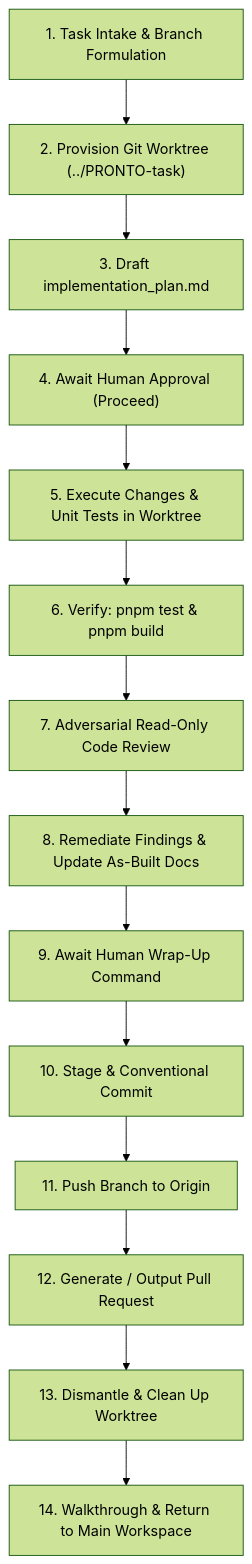
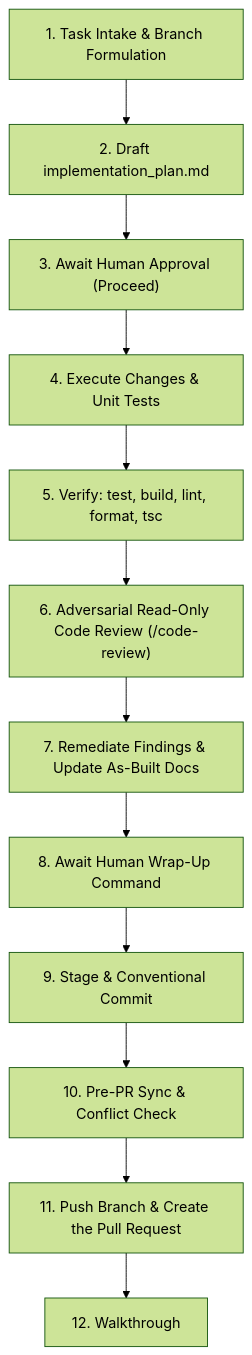
Before and after one commit to carlosjosemm/pronto-insumos: the diagram in .agents/skills/parallel-worktree-workflow/SKILL.md, drawn with Mermaid (forest theme). The commit also changed other lines of this file and 2 other files, not shown here.

First line of the commit message:
docs(skills): retire the worktree protocol - all task work runs in the primary working tree

````diff
--- a/.agents/skills/parallel-worktree-workflow/SKILL.md
+++ b/.agents/skills/parallel-worktree-workflow/SKILL.md
@@ -19,16 +21,14 @@
 ```mermaid
 flowchart TD
-    A["1. Task Intake & Branch Formulation"] --> B["2. Provision Git Worktree (../PRONTO-task)"]
-    B --> C["3. Draft implementation_plan.md"]
-    C --> D["4. Await Human Approval (Proceed)"]
-    D --> E["5. Execute Changes & Unit Tests in Worktree"]
-    E --> F["6. Verify: pnpm test & pnpm build"]
-    F --> G["7. Adversarial Read-Only Code Review"]
-    G --> H["8. Remediate Findings & Update As-Built Docs"]
-    H --> I["9. Await Human Wrap-Up Command"]
-    I --> J["10. Stage & Conventional Commit"]
-    J --> K["11. Push Branch to Origin"]
-    K --> L["12. Generate / Output Pull Request"]
-    L --> M["13. Dismantle & Clean Up Worktree"]
-    M --> N["14. Walkthrough & Return to Main Workspace"]
+    A["1. Task Intake & Branch Formulation"] --> B["2. Draft implementation_plan.md"]
+    B --> C["3. Await Human Approval (Proceed)"]
+    C --> D["4. Execute Changes & Unit Tests"]
+    D --> E["5. Verify: test, build, lint, format, tsc"]
+    E --> F["6. Adversarial Read-Only Code Review (/code-review)"]
+    F --> G["7. Remediate Findings & Update As-Built Docs"]
+    G --> H["8. Await Human Wrap-Up Command"]
+    H --> I["9. Stage & Conventional Commit"]
+    I --> J["10. Pre-PR Sync & Conflict Check"]
+    J --> K["11. Push Branch & Create the Pull Request"]
+    K --> L["12. Walkthrough"]
 ```
````
